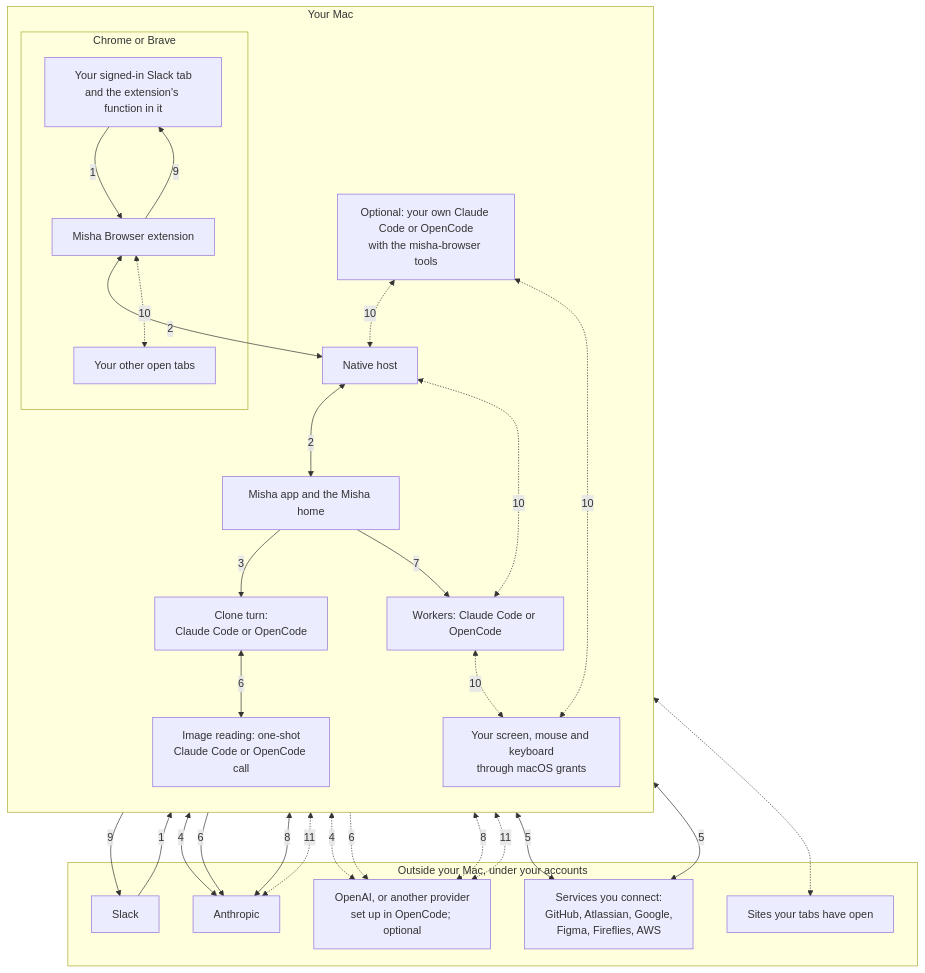
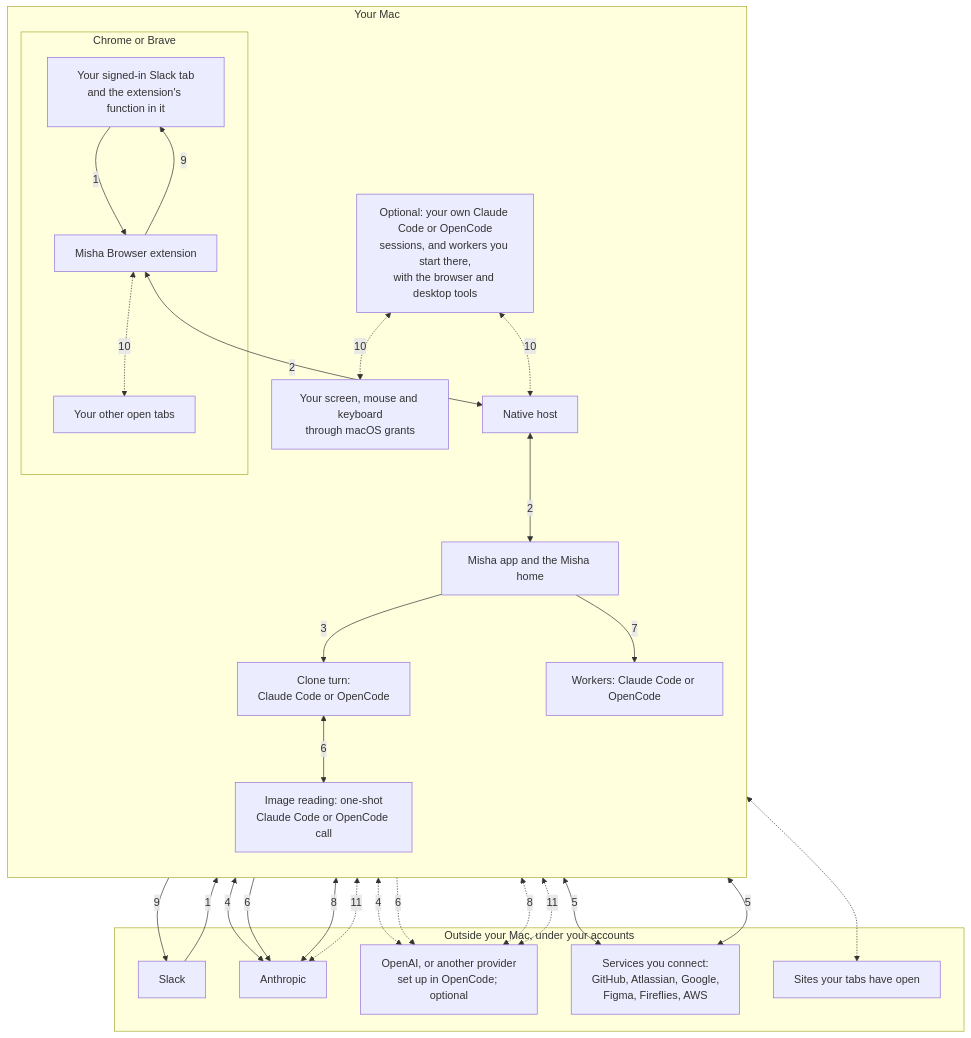
Before and after one commit to dumdummisha/docs: the diagram in diagrams/where-data-goes.mmd, drawn with Mermaid. The commit also changed 2 other files, not shown here.

Commit message:
docs: keep browser and desktop tools off the app-started workers in the data-flow diagram

```diff
--- a/diagrams/where-data-goes.mmd
+++ b/diagrams/where-data-goes.mmd
@@ -1,51 +1,49 @@
 flowchart TB
   accTitle: Where data goes
-  accDescr: Inside your Mac, Slack messages reach your signed-in Slack tab, the Misha Browser extension, the native host and the Misha app, which gives them to the clone. The clone runs on Claude Code or OpenCode and sends its conversation to Anthropic, or to OpenAI or another provider set up in OpenCode, and reads the services you connect. An image the clone reads goes to a one-shot call that reaches Anthropic, or OpenAI or another provider. Workers started by the app talk to their model provider and to the services. The extension posts to Slack from your Slack tab. Optional agents of your own, and workers, can also use the browser and desktop tools, which reach your other tabs, the sites they have open, and your screen, mouse and keyboard.
+  accDescr: Inside your Mac, Slack messages reach your signed-in Slack tab, the Misha Browser extension, the native host and the Misha app, which gives them to the clone. The clone runs on Claude Code or OpenCode and sends its conversation to Anthropic, or to OpenAI or another provider set up in OpenCode, and reads the services you connect. An image the clone reads goes to a one-shot call that reaches Anthropic, or OpenAI or another provider. Workers started by the app talk to their model provider and to the services. The extension posts to Slack from your Slack tab. Your own agent sessions can use Browser control when it is on, or the standalone browser tools, and reach your other tabs, the sites they have open, and your screen, mouse and keyboard; workers you start there also need a profile that grants its tools. The shipped connector does not serve the Slack clone or workers it starts.
   subgraph mac["Your Mac"]
     direction TB
     subgraph browser["Chrome or Brave"]
       tab["Your signed-in Slack tab<br/>and the extension's function in it"]
       ext["Misha Browser extension"]
       tabs["Your other open tabs"]
     end
     host["Native host"]
     app["Misha app and the Misha home"]
     clone["Clone turn:<br/>Claude Code or OpenCode"]
     vision["Image reading: one-shot<br/>Claude Code or OpenCode call"]
     workers["Workers: Claude Code or OpenCode"]
-    own["Optional: your own Claude Code or OpenCode<br/>with the misha-browser tools"]
+    own["Optional: your own Claude Code or OpenCode<br/>sessions, and workers you start there,<br/>with the browser and desktop tools"]
     desktop["Your screen, mouse and keyboard<br/>through macOS grants"]
   end
   subgraph outside["Outside your Mac, under your accounts"]
     slack["Slack"]
     anthropic["Anthropic"]
     openai["OpenAI, or another provider<br/>set up in OpenCode; optional"]
     services["Services you connect:<br/>GitHub, Atlassian, Google,<br/>Figma, Fireflies, AWS"]
     sites["Sites your tabs have open"]
   end
 
   slack -- "1" --> tab
   tab -- "1" --> ext
   ext <-->|"2"| host
   host <-->|"2"| app
   app -- "3" --> clone
   clone <-->|"4"| anthropic
   clone <-.->|"4"| openai
   clone <-->|"5"| services
   clone <-->|"6"| vision
   vision -- "6" --> anthropic
   vision -. "6" .-> openai
   app -- "7" --> workers
   workers <-->|"8"| anthropic
   workers <-.->|"8"| openai
   workers <-->|"5"| services
   ext -- "9" --> tab
   tab -- "9" --> slack
   own <-.->|"10"| host
-  workers <-.->|"10"| host
   ext <-.->|"10"| tabs
   tabs <-.-> sites
   own <-.->|"10"| desktop
-  workers <-.->|"10"| desktop
   own <-.->|"11"| anthropic
   own <-.->|"11"| openai
```
